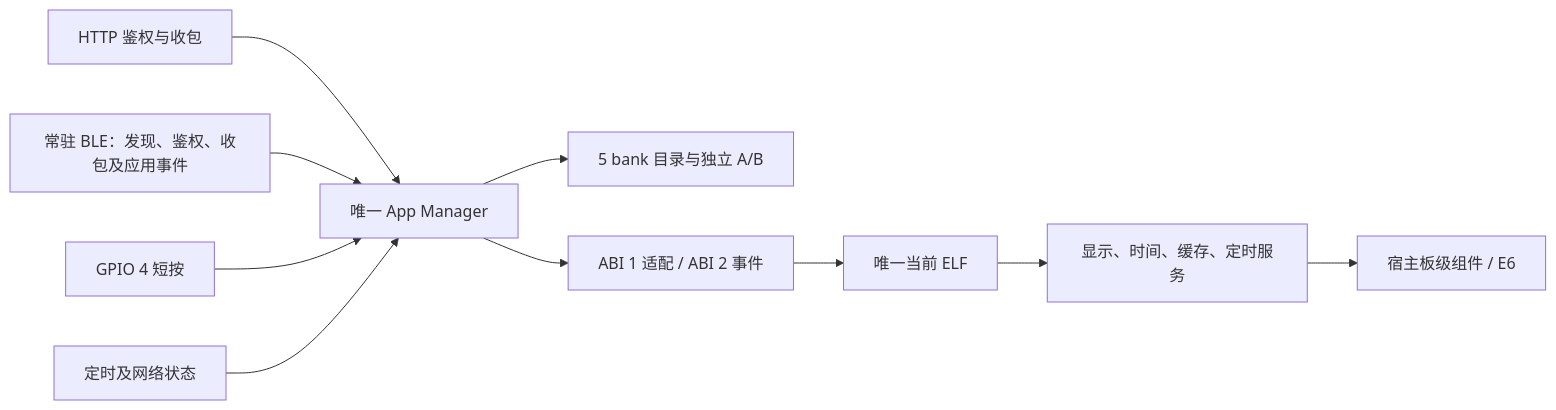
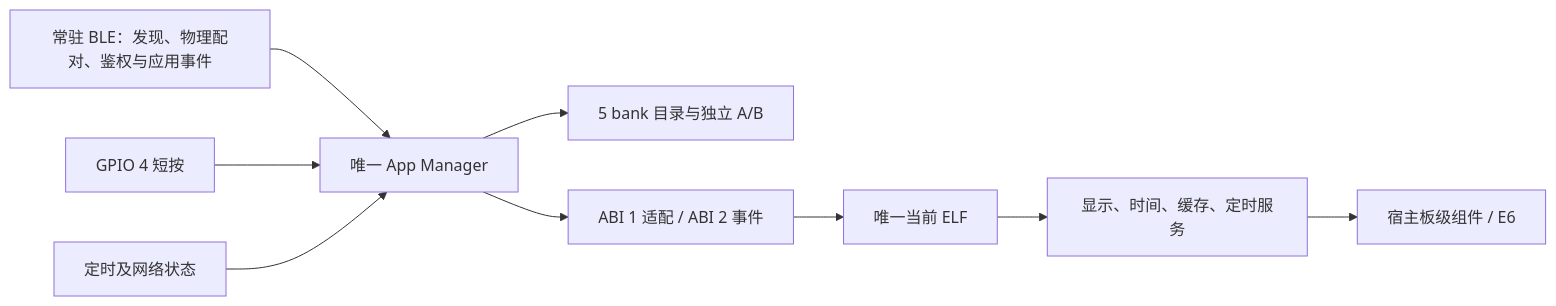
The diagram in docs-runtime-v2.md (M1nt-Ch0c0/photopainter-host), drawn with Mermaid before and after one commit. The commit also changed other lines of this file and 58 other files, not shown here.

````diff
--- a/docs-runtime-v2.md
+++ b/docs-runtime-v2.md
@@ -32,12 +36,11 @@
 ```mermaid
 flowchart LR
-    HTTP[HTTP 鉴权与收包] --> Manager[唯一 App Manager]
-    BLE[常驻 BLE：发现、鉴权、收包及应用事件] --> Manager
+    BLE[常驻 BLE：发现、物理配对、鉴权与应用事件] --> Manager[唯一 App Manager]
     Key[GPIO 4 短按] --> Manager
     Events[定时及网络状态] --> Manager
     Manager --> Catalog[5 bank 目录与独立 A/B]
     Manager --> Runtime[ABI 1 适配 / ABI 2 事件]
     Runtime --> App[唯一当前 ELF]
     App --> Services[显示、时间、缓存、定时服务]
     Services --> Board[宿主板级组件 / E6]
 ```
````
